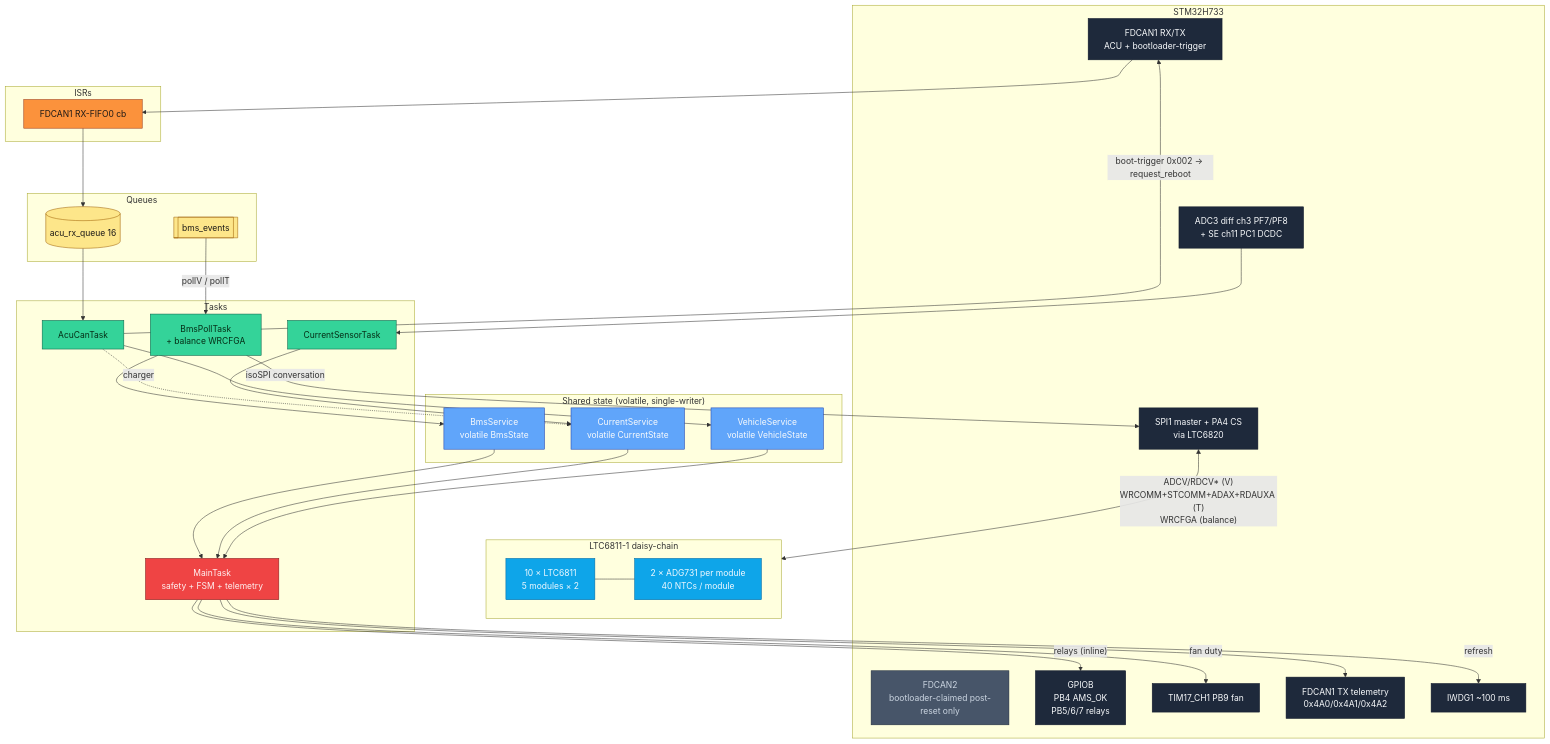
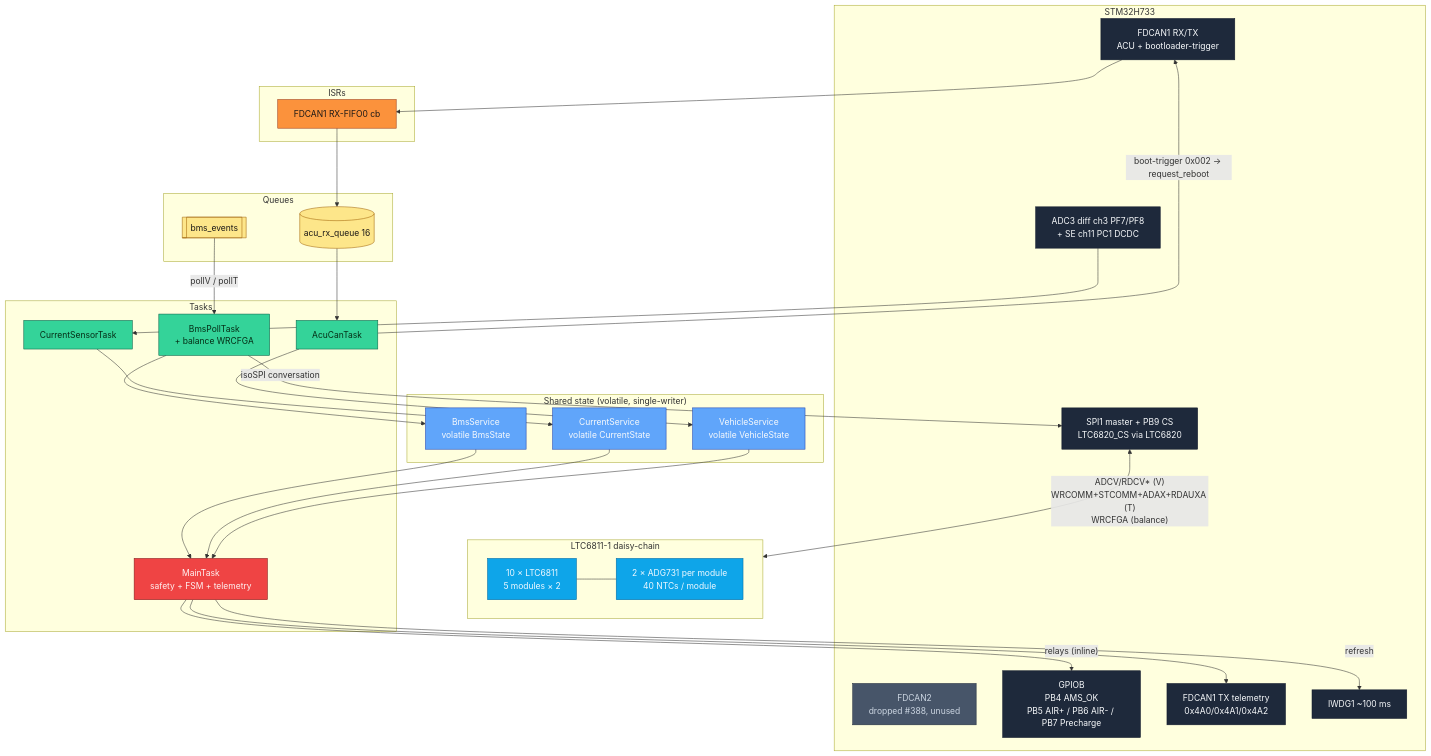
One commit to isc-fs/IFS08-CE-AMS changed the second of 4 diagrams in docs/ARCHITECTURE.md. Above: the diagram before and after it, drawn with Mermaid. The commit also changed other lines of this file and 15 other files, not shown here.

````diff
--- a/docs/ARCHITECTURE.md
+++ b/docs/ARCHITECTURE.md
@@ -219,78 +219,75 @@
 ```mermaid
 flowchart TD
   subgraph HW[STM32H733]
     FDCAN1[FDCAN1 RX/TX<br/>ACU + bootloader-trigger]
-    FDCAN2[FDCAN2<br/>bootloader-claimed post-reset only]
-    SPI1[SPI1 master + PA4 CS<br/>via LTC6820]
+    FDCAN2[FDCAN2<br/>dropped #388, unused]
+    SPI1[SPI1 master + PB9 CS<br/>LTC6820_CS via LTC6820]
     ADC1[ADC3 diff ch3 PF7/PF8<br/>+ SE ch11 PC1 DCDC]
-    GPIOB[GPIOB<br/>PB4 AMS_OK<br/>PB5/6/7 relays]
-    TIM17[TIM17_CH1 PB9 fan]
+    GPIOB[GPIOB<br/>PB4 AMS_OK<br/>PB5 AIR+ / PB6 AIR- / PB7 Precharge]
     FDCAN1TX[FDCAN1 TX telemetry<br/>0x4A0/0x4A1/0x4A2]
     IWDG[IWDG1 ~100 ms]
   end
 
   subgraph Chain[LTC6811-1 daisy-chain]
     LTC[10 × LTC6811<br/>5 modules × 2]
     MUX[2 × ADG731 per module<br/>40 NTCs / module]
     LTC --- MUX
   end
 
   subgraph ISR[ISRs]
     RX1[FDCAN1 RX-FIFO0 cb]
   end
 
   subgraph Queues
     acu_rx[(acu_rx_queue 16)]
     bms_evt[[bms_events]]
   end
 
   subgraph State["Shared state (volatile, single-writer)"]
     BmsSvc[BmsService<br/>volatile BmsState]
     CurSvc[CurrentService<br/>volatile CurrentState]
     VehSvc[VehicleService<br/>volatile VehicleState]
   end
 
   subgraph Tasks
     AcuT[AcuCanTask]
     BmsPollT[BmsPollTask<br/>+ balance WRCFGA]
     CurT[CurrentSensorTask]
     MainT[MainTask<br/>safety + FSM + telemetry]
   end
 
   FDCAN1 --> RX1 --> acu_rx --> AcuT --> VehSvc
-  AcuT -.charger.-> CurSvc
   AcuT -- "boot-trigger 0x002 → request_reboot" --> FDCAN1
 
   SPI1 <-->|"ADCV/RDCV* (V)<br/>WRCOMM+STCOMM+ADAX+RDAUXA (T)<br/>WRCFGA (balance)"| Chain
   BmsPollT -- "isoSPI conversation" --> SPI1
   BmsPollT --> BmsSvc
 
   ADC1 --> CurT --> CurSvc
 
   BmsSvc & CurSvc & VehSvc --> MainT
 
   MainT -- relays (inline) --> GPIOB
-  MainT -- fan duty --> TIM17
   MainT -- refresh --> IWDG
   MainT --> FDCAN1TX
 
   bms_evt -- pollV / pollT --> BmsPollT
 
   classDef hw    fill:#1e293b,stroke:#0f172a,color:#f8fafc
   classDef chain fill:#0ea5e9,stroke:#0369a1,color:#f0f9ff
   classDef isr   fill:#fb923c,stroke:#9a3412,color:#1c1917
   classDef queue fill:#fde68a,stroke:#a16207,color:#1c1917
   classDef svc   fill:#60a5fa,stroke:#1e40af,color:#f8fafc
   classDef task  fill:#34d399,stroke:#065f46,color:#052e16
   classDef safe  fill:#ef4444,stroke:#7f1d1d,color:#fef2f2
   classDef dim   fill:#475569,stroke:#1e293b,color:#cbd5e1
 
-  class FDCAN1,SPI1,ADC1,GPIOB,TIM17,FDCAN1TX,IWDG hw
+  class FDCAN1,SPI1,ADC1,GPIOB,FDCAN1TX,IWDG hw
   class FDCAN2 dim
   class LTC,MUX chain
   class RX1 isr
   class acu_rx,bms_evt queue
   class BmsSvc,CurSvc,VehSvc svc
   class AcuT,BmsPollT,CurT task
   class MainT safe
 ```
````
